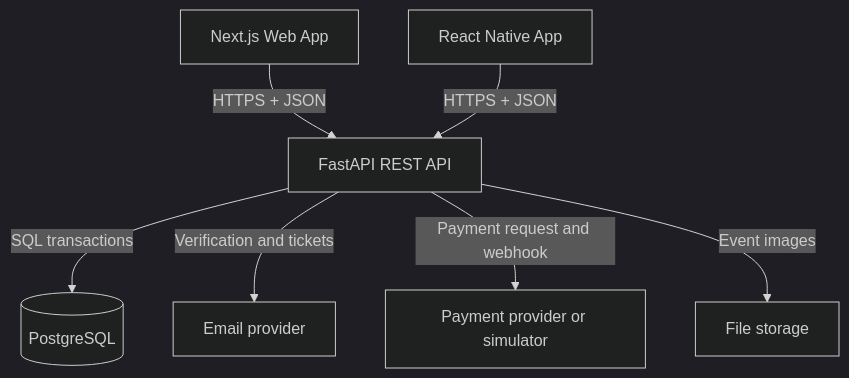
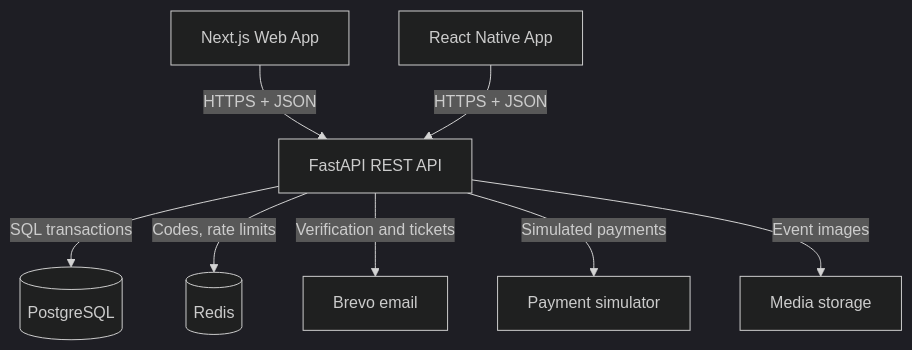
One commit to swe-lab-2026/backend changed the first of 4 diagrams in README.md. Above: the diagram before and after it, drawn with Mermaid (dark theme). The commit also changed other lines of this file, not shown here.

````diff
--- a/README.md
+++ b/README.md
@@ -22,17 +103,19 @@
 ```mermaid
 flowchart TD
     WEB[Next.js Web App]
     MOBILE[React Native App]
     API[FastAPI REST API]
     DB[(PostgreSQL)]
-    EMAIL[Email provider]
-    PAY[Payment provider or simulator]
-    FILES[File storage]
+    KV[(Redis)]
+    EMAIL[Brevo email]
+    PAY[Payment simulator]
+    FILES[Media storage]
 
     WEB -->|HTTPS + JSON| API
     MOBILE -->|HTTPS + JSON| API
     API -->|SQL transactions| DB
+    API -->|Codes, rate limits| KV
     API -->|Verification and tickets| EMAIL
-    API -->|Payment request and webhook| PAY
+    API -->|Simulated payments| PAY
     API -->|Event images| FILES
 ```
````
